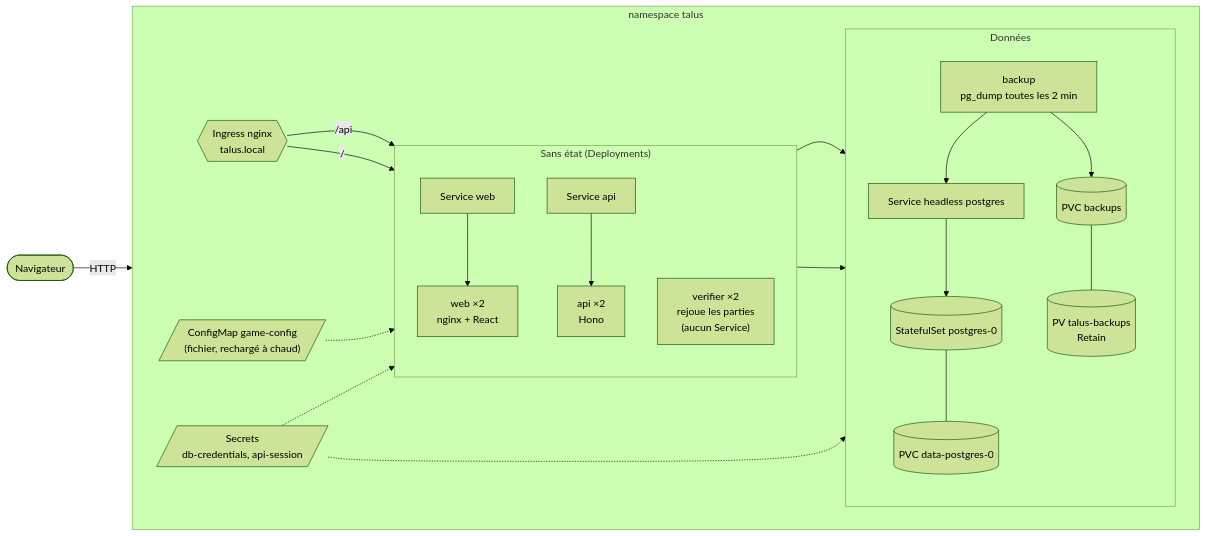
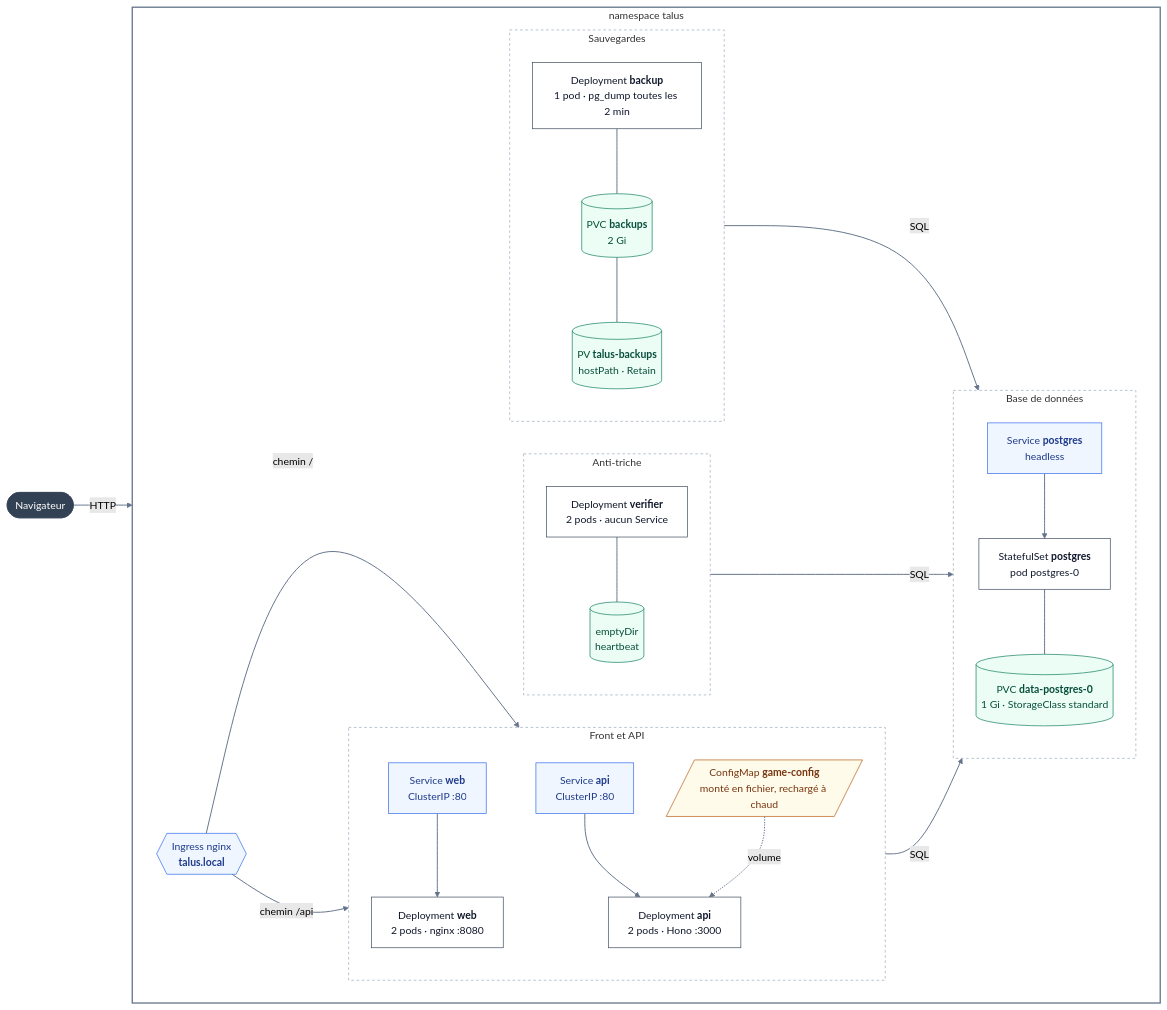
One commit to AntoineIV/Info910-Kube changed the diagram in README.md. Above: the diagram before and after it, drawn with Mermaid (forest theme). The commit also changed other lines of this file, not shown here.

Commit message:
README: cleaner, accurate architecture diagram with theme-safe palette and config matrix

````diff
--- a/README.md
+++ b/README.md
@@ -70,37 +70,49 @@
 ```mermaid
 flowchart LR
-  user(["Navigateur"])
+  user(["Navigateur"]):::ext -->|HTTP| ing
 
   subgraph ns["namespace talus"]
     direction LR
-    ing{{"Ingress nginx<br/>talus.local"}}
+    ing{{"Ingress nginx<br/><b>talus.local</b>"}}:::net
 
-    subgraph front["Sans état (Deployments)"]
+    subgraph front["Front et API"]
       direction TB
-      svcweb["Service web"] --> web["web ×2<br/>nginx + React"]
-      svcapi["Service api"] --> api["api ×2<br/>Hono"]
-      ver["verifier ×2<br/>rejoue les parties<br/>(aucun Service)"]
+      svcweb["Service <b>web</b><br/>ClusterIP :80"]:::net --> web["Deployment <b>web</b><br/>2 pods · nginx :8080"]:::app
+      svcapi["Service <b>api</b><br/>ClusterIP :80"]:::net --> api["Deployment <b>api</b><br/>2 pods · Hono :3000"]:::app
+      cmgame[/"ConfigMap <b>game-config</b><br/>monté en fichier, rechargé à chaud"/]:::cfg -.->|volume| api
     end
 
-    cm[/"ConfigMap game-config<br/>(fichier, rechargé à chaud)"/]
-    sec[/"Secrets<br/>db-credentials, api-session"/]
+    subgraph worker["Anti-triche"]
+      direction TB
+      ver["Deployment <b>verifier</b><br/>2 pods · aucun Service"]:::app --- hb[("emptyDir<br/>heartbeat")]:::store
+    end
 
-    subgraph data["Données"]
+    subgraph data["Base de données"]
       direction TB
-      svcpg["Service headless postgres"] --> pg[("StatefulSet postgres-0")]
-      pg --- pvcdb[("PVC data-postgres-0")]
-      bak["backup<br/>pg_dump toutes les 2 min"] --> pvcbak[("PVC backups")]
-      pvcbak --- pv[("PV talus-backups<br/>Retain")]
+      svcpg["Service <b>postgres</b><br/>headless"]:::net --> pg["StatefulSet <b>postgres</b><br/>pod postgres-0"]:::app --- pvcdb[("PVC <b>data-postgres-0</b><br/>1 Gi · StorageClass standard")]:::store
+    end
+
+    subgraph save["Sauvegardes"]
+      direction TB
+      bak["Deployment <b>backup</b><br/>1 pod · pg_dump toutes les 2 min"]:::app --- pvcbak[("PVC <b>backups</b><br/>2 Gi")]:::store --- pv[("PV <b>talus-backups</b><br/>hostPath · Retain")]:::store
     end
   end
 
-  user -->|HTTP| ing
-  ing -->|"/"| svcweb
-  ing -->|"/api"| svcapi
-  api --> svcpg
-  ver --> svcpg
-  bak --> svcpg
-  cm -.-> api
-  sec -.-> api
-  sec -.-> pg
+  ing -->|"chemin /"| svcweb
+  ing -->|"chemin /api"| svcapi
+  api -->|"SQL"| svcpg
+  ver -->|"SQL"| svcpg
+  bak -->|"SQL"| svcpg
+
+  classDef ext fill:#334155,stroke:#334155,color:#FFFFFF
+  classDef net fill:#EFF6FF,stroke:#2563EB,color:#1E3A8A
+  classDef app fill:#FFFFFF,stroke:#334155,color:#0F172A
+  classDef store fill:#ECFDF5,stroke:#047857,color:#064E3B
+  classDef cfg fill:#FFFBEB,stroke:#B45309,color:#78350F
+  style ns fill:transparent,stroke:#64748B,stroke-width:2px
+  style front fill:transparent,stroke:#94A3B8,stroke-dasharray:4 4
+  style worker fill:transparent,stroke:#94A3B8,stroke-dasharray:4 4
+  style data fill:transparent,stroke:#94A3B8,stroke-dasharray:4 4
+  style save fill:transparent,stroke:#94A3B8,stroke-dasharray:4 4
+  linkStyle default stroke:#64748B,stroke-width:1.5px
 ```
````
